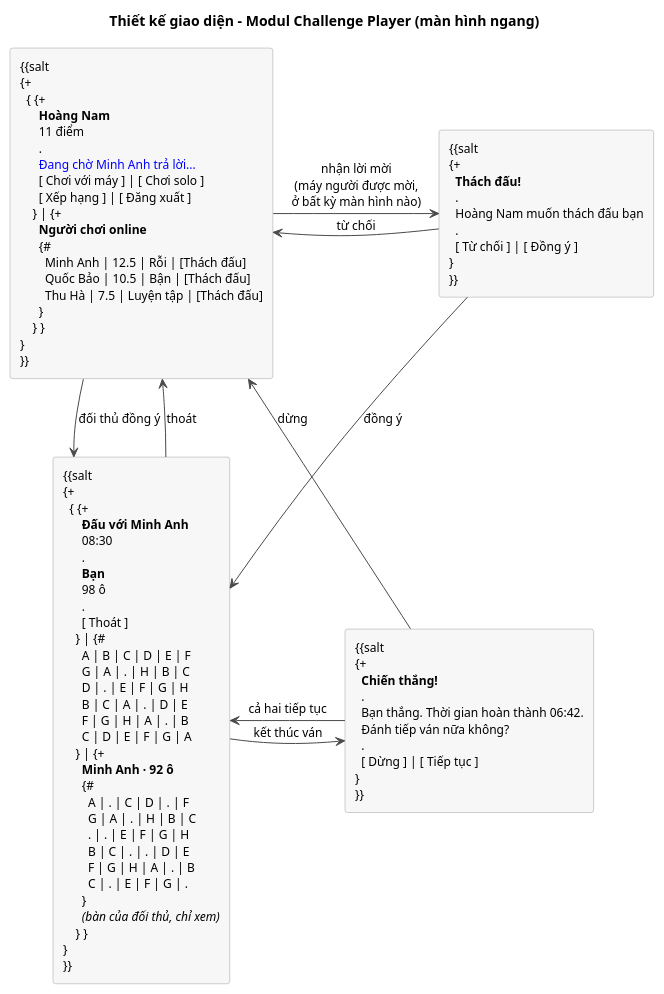
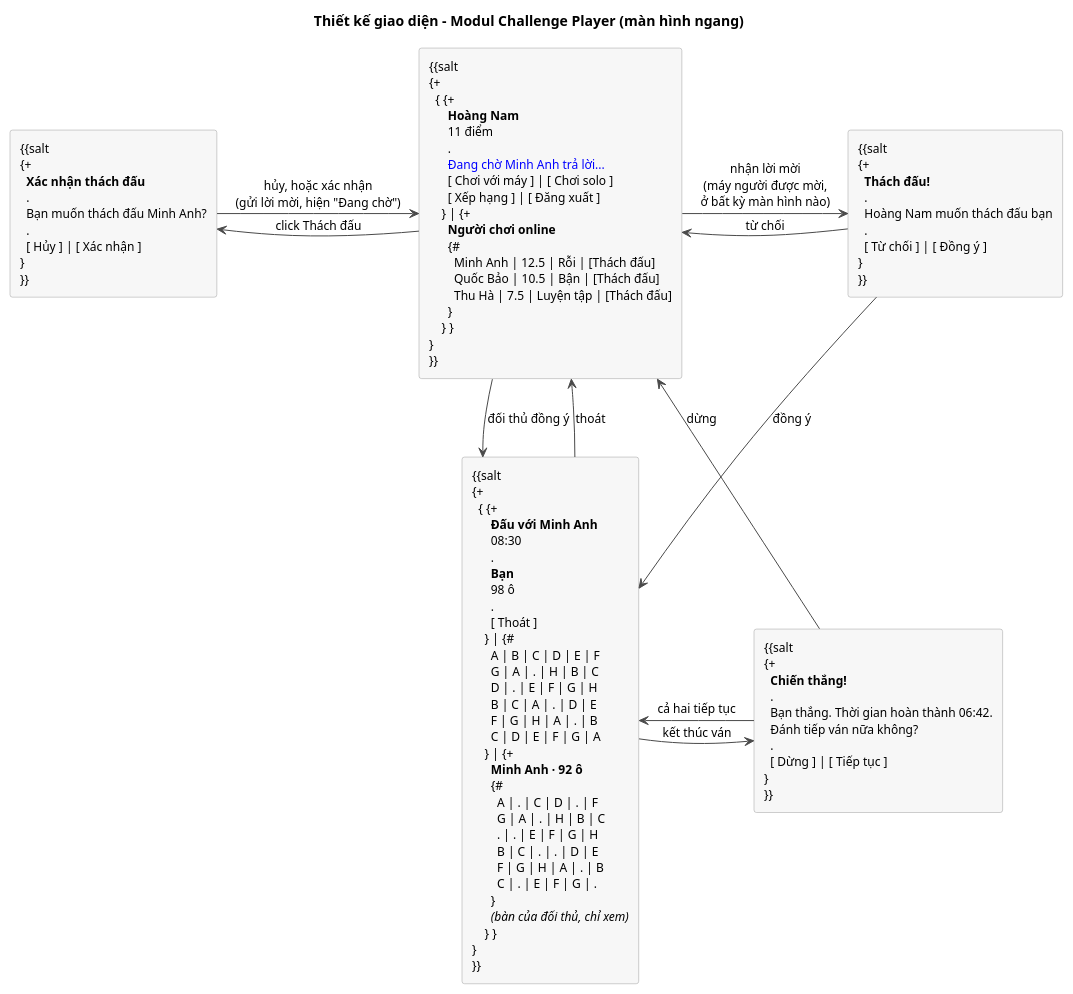
The diagram in docs/uml/pha3/ui-m3.puml (VattenL/mobile-pikachu), drawn with PlantUML before and after one commit. The commit also changed 25 other files, not shown here.

First line of the commit message:
docs: apply team review on use cases and challenge flow

```diff
--- a/docs/uml/pha3/ui-m3.puml
+++ b/docs/uml/pha3/ui-m3.puml
@@ -1,101 +1,115 @@
 @startuml ui-m3
 title Thiết kế giao diện - Modul Challenge Player (màn hình ngang)
 
 skinparam shadowing false
 skinparam defaultFontSize 12
 skinparam ArrowColor #4A4A4A
 skinparam rectangle {
   BackgroundColor #F7F7F7
   BorderColor #9E9E9E
 }
 
 rectangle Main [
 {{salt
 {+
   { {+
       <b>Hoàng Nam
       11 điểm
       .
       <color:blue>Đang chờ Minh Anh trả lời...
       [ Chơi với máy ] | [ Chơi solo ]
       [ Xếp hạng ] | [ Đăng xuất ]
     } | {+
       <b>Người chơi online
       {#
         Minh Anh | 12.5 | Rỗi | [Thách đấu]
         Quốc Bảo | 10.5 | Bận | [Thách đấu]
         Thu Hà | 7.5 | Luyện tập | [Thách đấu]
       }
     } }
+}
+}}
+]
+
+rectangle Confirm [
+{{salt
+{+
+  <b>Xác nhận thách đấu
+  .
+  Bạn muốn thách đấu Minh Anh?
+  .
+  [ Hủy ] | [ Xác nhận ]
 }
 }}
 ]
 
 rectangle Invite [
 {{salt
 {+
   <b>Thách đấu!
   .
   Hoàng Nam muốn thách đấu bạn
   .
   [ Từ chối ] | [ Đồng ý ]
 }
 }}
 ]
 
 rectangle Match [
 {{salt
 {+
   { {+
       <b>Đấu với Minh Anh
       08:30
       .
       <b>Bạn
       98 ô
       .
       [ Thoát ]
     } | {#
       A | B | C | D | E | F
       G | A | . | H | B | C
       D | . | E | F | G | H
       B | C | A | . | D | E
       F | G | H | A | . | B
       C | D | E | F | G | A
     } | {+
       <b>Minh Anh · 92 ô
       {#
         A | . | C | D | . | F
         G | A | . | H | B | C
         . | . | E | F | G | H
         B | C | . | . | D | E
         F | G | H | A | . | B
         C | . | E | F | G | .
       }
       <i>(bàn của đối thủ, chỉ xem)
     } }
 }
 }}
 ]
 
 rectangle Result [
 {{salt
 {+
   <b>Chiến thắng!
   .
   Bạn thắng. Thời gian hoàn thành 06:42.
   Đánh tiếp ván nữa không?
   .
   [ Dừng ] | [ Tiếp tục ]
 }
 }}
 ]
 
+Main -left-> Confirm : click Thách đấu
+Confirm -right-> Main : hủy, hoặc xác nhận\n(gửi lời mời, hiện "Đang chờ")
 Main -right-> Invite : nhận lời mời\n(máy người được mời,\nở bất kỳ màn hình nào)
 Invite -left-> Main : từ chối
 Invite -down-> Match : đồng ý
 Main -down-> Match : đối thủ đồng ý
 Match -right-> Result : kết thúc ván
 Result -up-> Match : cả hai tiếp tục
 Result -up-> Main : dừng
 Match -up-> Main : thoát
 @enduml
```
